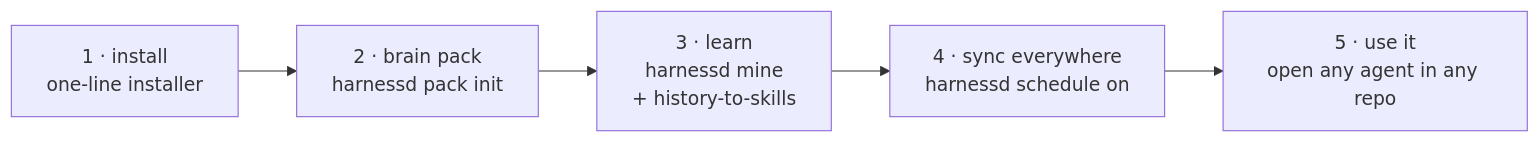
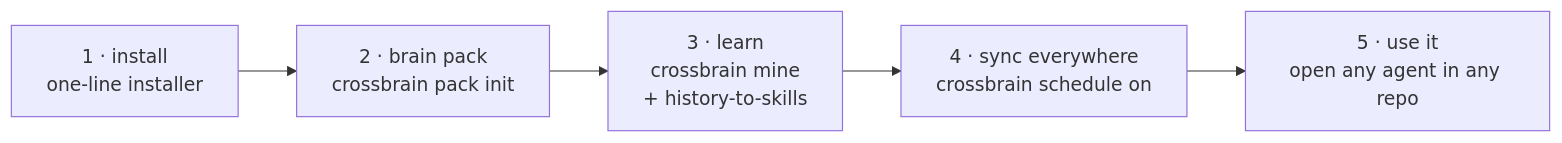
The fourth of 7 diagrams in README.md (imodoiepale/crossbrain), drawn with Mermaid before and after one commit. The commit also changed other lines of this file and 43 other files, not shown here.

First line of the commit message:
refactor: rename harnessd to crossbrain

````diff
--- a/README.md
+++ b/README.md
@@ -215,7 +215,7 @@
 ```mermaid
 flowchart LR
-  A["1 · install<br/>one-line installer"] --> B["2 · brain pack<br/>harnessd pack init"]
-  B --> C["3 · learn<br/>harnessd mine<br/>+ history-to-skills"]
-  C --> D["4 · sync everywhere<br/>harnessd schedule on"]
+  A["1 · install<br/>one-line installer"] --> B["2 · brain pack<br/>crossbrain pack init"]
+  B --> C["3 · learn<br/>crossbrain mine<br/>+ history-to-skills"]
+  C --> D["4 · sync everywhere<br/>crossbrain schedule on"]
   D --> E["5 · use it<br/>open any agent in any repo"]
 ```
````
